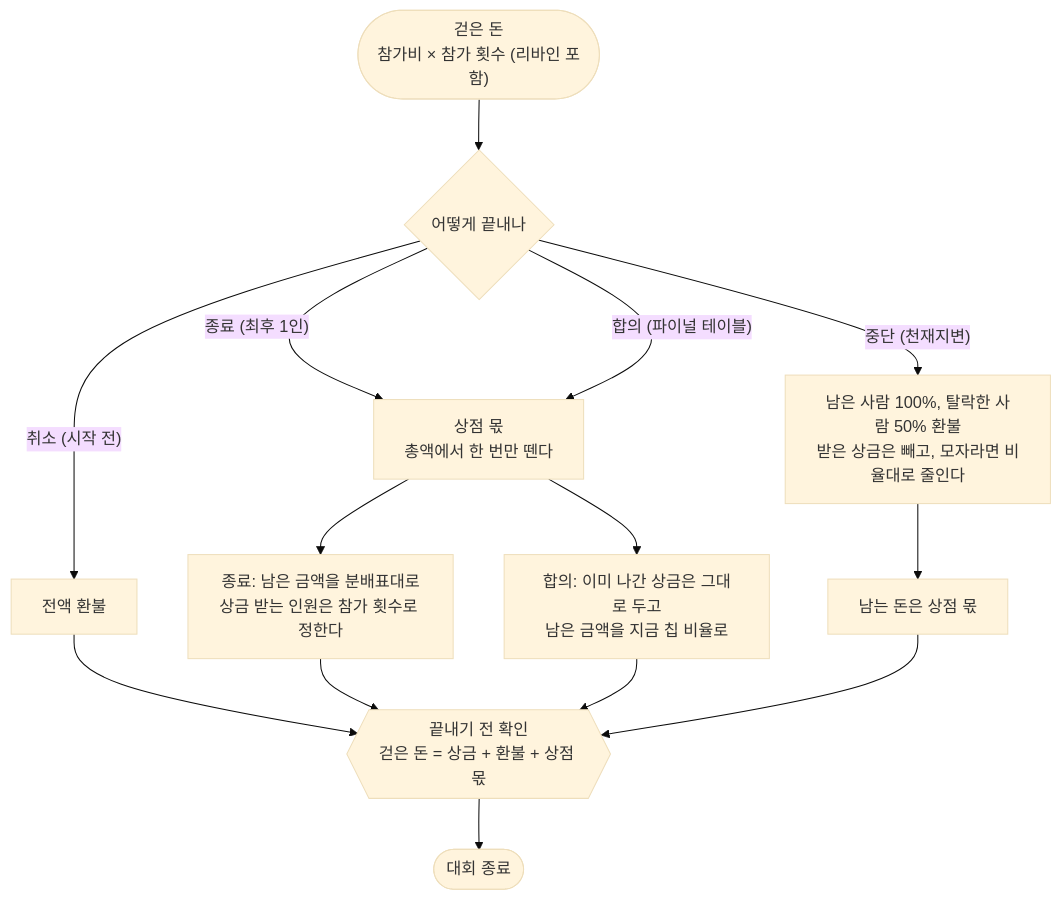
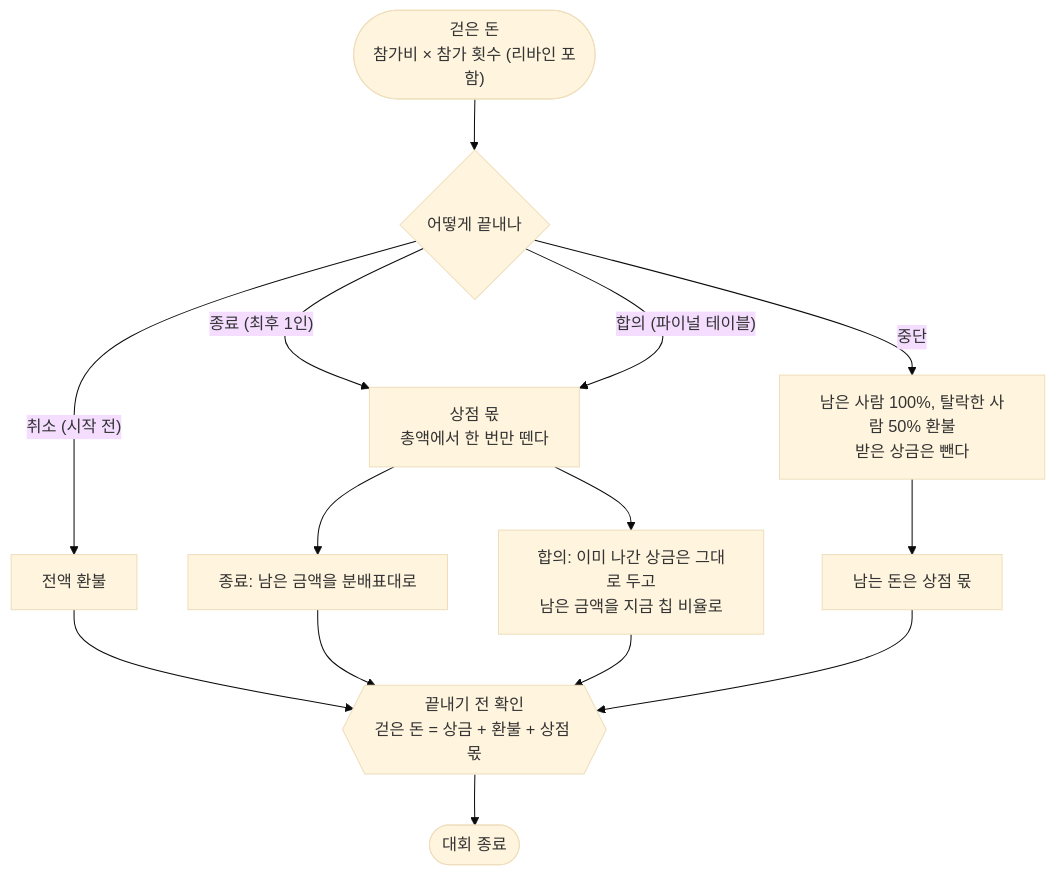
The first of 2 diagrams in README.md (GUNW-O-O/playsync-V2), drawn with Mermaid (base theme) before and after one commit. The commit also changed other lines of this file and 9 other files, not shown here.

````diff
--- a/README.md
+++ b/README.md
@@ -105,13 +57,13 @@
 ```mermaid
 flowchart TB
     in(["걷은 돈<br/>참가비 × 참가 횟수 (리바인 포함)"]) --> door{어떻게 끝내나}
     door -->|"취소 (시작 전)"| r1["전액 환불"]
     door -->|"종료 (최후 1인)"| rake["상점 몫<br/>총액에서 한 번만 뗀다"]
     door -->|"합의 (파이널 테이블)"| rake
-    rake --> p1["종료: 남은 금액을 분배표대로<br/>상금 받는 인원은 참가 횟수로 정한다"]
+    rake --> p1["종료: 남은 금액을 분배표대로"]
     rake --> p2["합의: 이미 나간 상금은 그대로 두고<br/>남은 금액을 지금 칩 비율로"]
-    door -->|"중단 (천재지변)"| r2["남은 사람 100%, 탈락한 사람 50% 환불<br/>받은 상금은 빼고, 모자라면 비율대로 줄인다"]
+    door -->|"중단"| r2["남은 사람 100%, 탈락한 사람 50% 환불<br/>받은 상금은 뺀다"]
     r2 --> rest["남는 돈은 상점 몫"]
     r1 & p1 & p2 & rest --> gate{{"끝내기 전 확인<br/>걷은 돈 = 상금 + 환불 + 상점 몫"}}
     gate --> closed([대회 종료])
 ```
````
